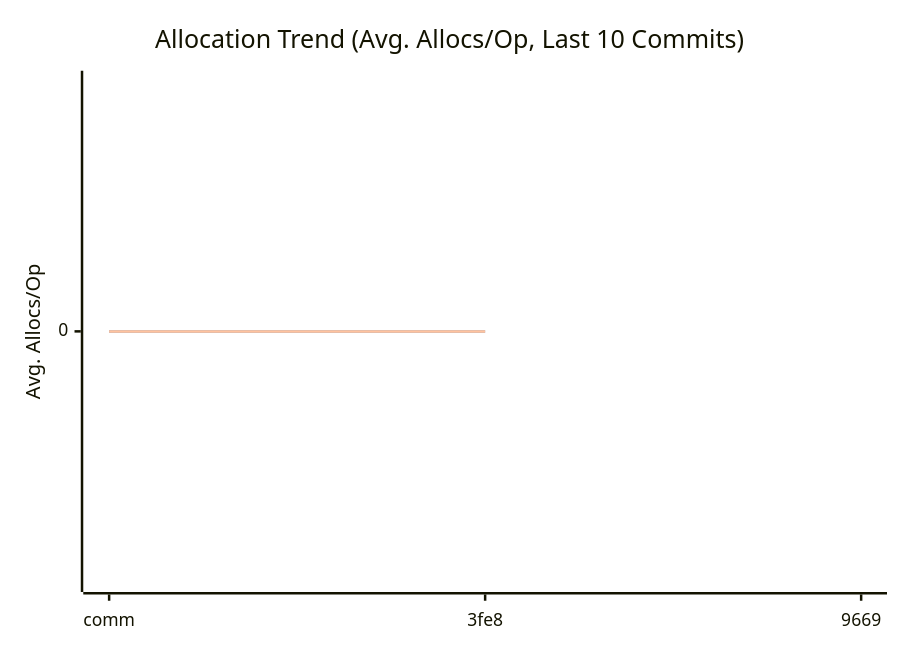
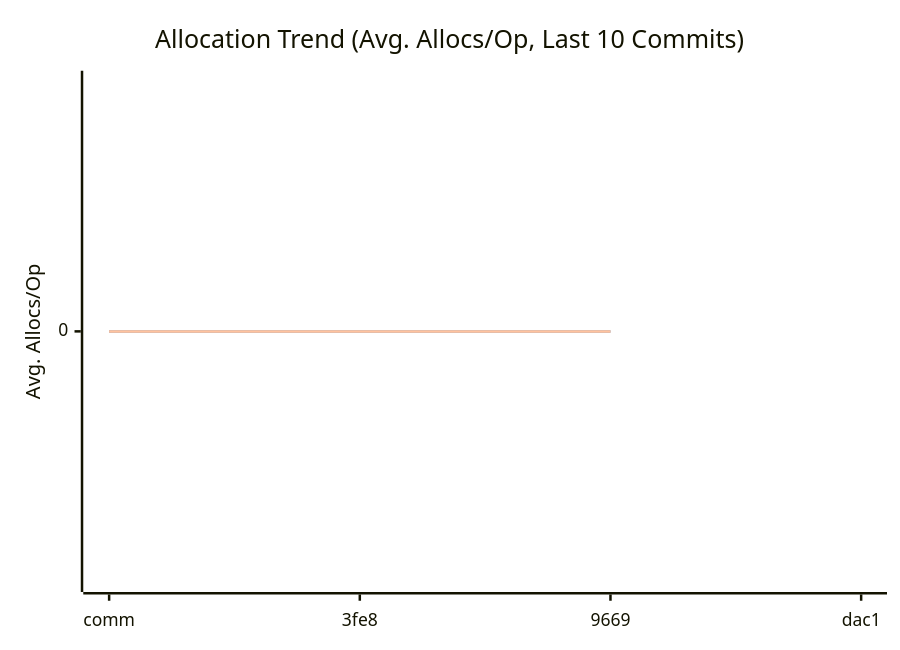
One commit to alsotoes/momo changed the third of 3 diagrams in doc/README.md. Above: the diagram before and after it, drawn with Mermaid. The commit also changed other lines of this file and 1 other file, not shown here.

````diff
--- a/doc/README.md
+++ b/doc/README.md
@@ -303,10 +305,11 @@
 ```mermaid
 xychart-beta
     title "Allocation Trend (Avg. Allocs/Op, Last 10 Commits)"
     x-axis "Commit"
     y-axis "Avg. Allocs/Op"
-    x-axis [comm,3fe8,9669]
-    line "CheckMetricsAndSwap" [0,0]
-    line "IndexDirectTracking" [0,0]
-    line "IndexSearch" [0,0]
+    x-axis [comm,3fe8,9669,dac1]
+
+    line "CheckMetricsAndSwap" [0,0,0]
+    line "IndexDirectTracking" [0,0,0]
+    line "IndexSearch" [0,0,0]
 ```
````
